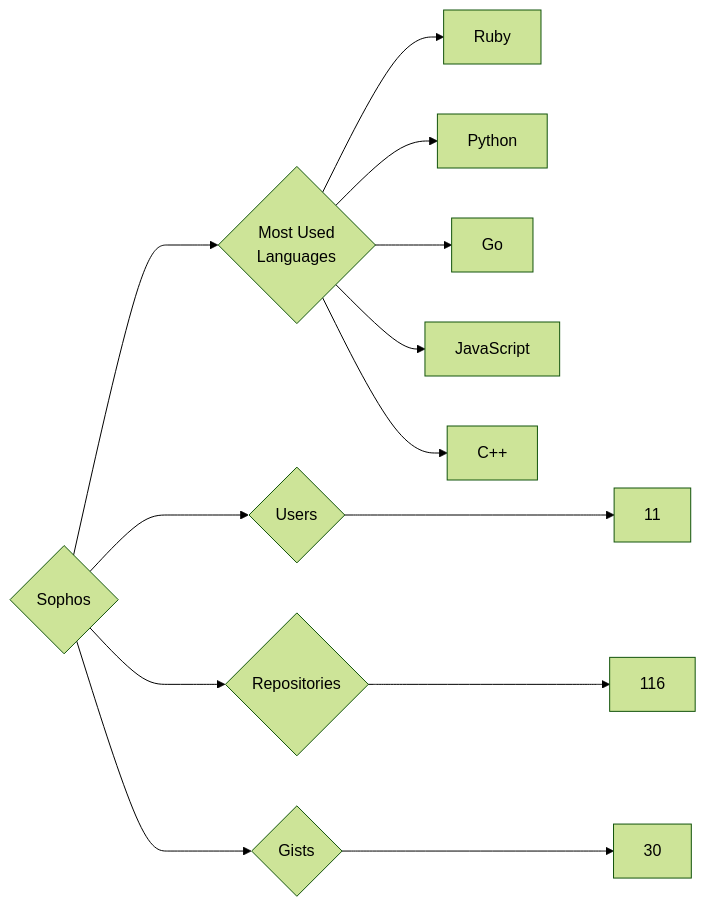
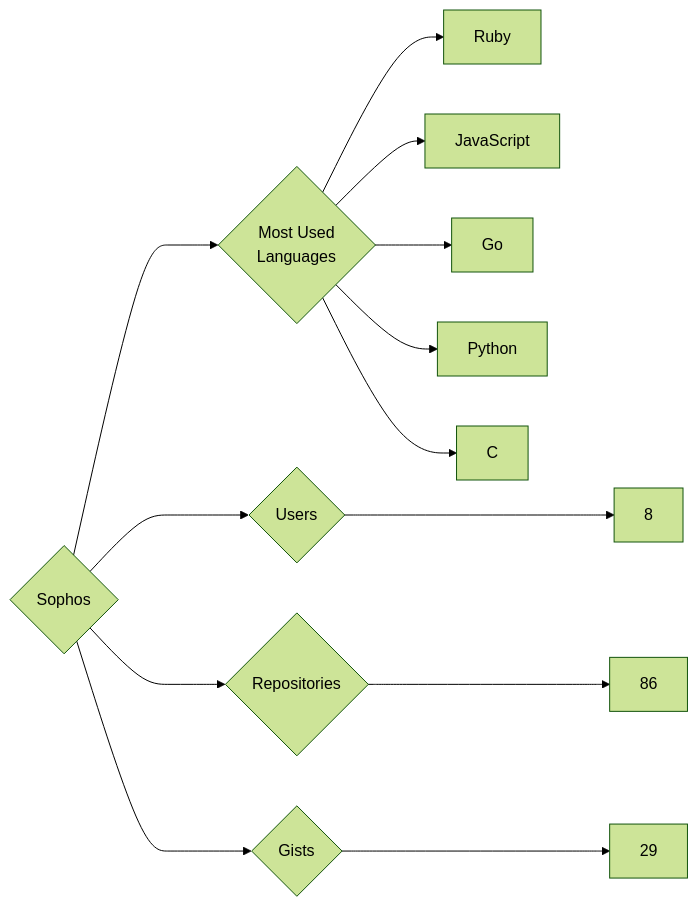
The diagram in targets/Sophos/README.md (trickest/insiders), drawn with Mermaid (forest theme) before and after one commit. The commit also changed 940 other files, not shown here.

````diff
--- a/targets/Sophos/README.md
+++ b/targets/Sophos/README.md
@@ -3,13 +3,13 @@
 ```mermaid
 graph LR
 COMPANY_NAME{Sophos}
-COMPANY_NAME ---> U{Users} ---> UN[11]
-COMPANY_NAME ---> R{Repositories} ---> RN[116]
-COMPANY_NAME ---> G{Gists} ---> GN[30]
+COMPANY_NAME ---> U{Users} ---> UN[8]
+COMPANY_NAME ---> R{Repositories} ---> RN[86]
+COMPANY_NAME ---> G{Gists} ---> GN[29]
 COMPANY_NAME ---> ML{Most Used<br>Languages}
 ML --> Ruby[Ruby]
+ML --> JavaScript[JavaScript]
+ML --> Go[Go]
 ML --> Python[Python]
-ML --> Go[Go]
-ML --> JavaScript[JavaScript]
-ML --> C++[C++]
+ML --> C[C]
 ```
````
